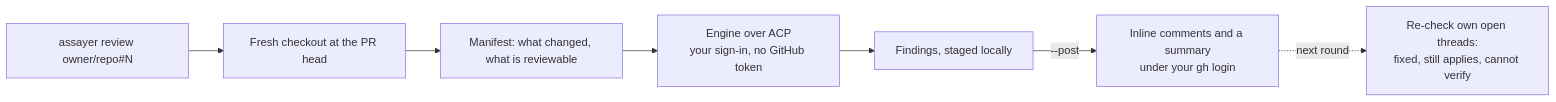
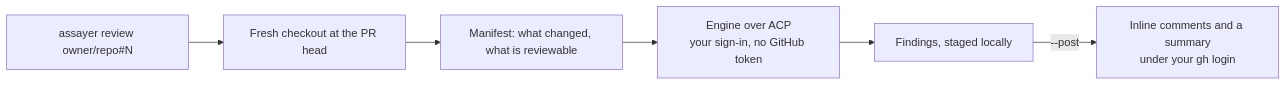
The diagram in README.md (prismalens/assayer), drawn with Mermaid before and after one commit. The commit also changed other lines of this file and 4 other files, not shown here.

First line of the commit message:
docs: drop the re-check and resolve promises; this release does not re-check its own threads

````diff
--- a/README.md
+++ b/README.md
@@ -59,9 +59,8 @@
 ```mermaid
 flowchart LR
   A["assayer review owner/repo#N"] --> B[Fresh checkout at the PR head]
   B --> C[Manifest: what changed, what is reviewable]
   C --> D[Engine over ACP<br/>your sign-in, no GitHub token]
   D --> E[Findings, staged locally]
   E -->|--post| F[Inline comments and a summary<br/>under your gh login]
-  F -.next round.-> G[Re-check own open threads:<br/>fixed, still applies, cannot verify]
 ```
````
